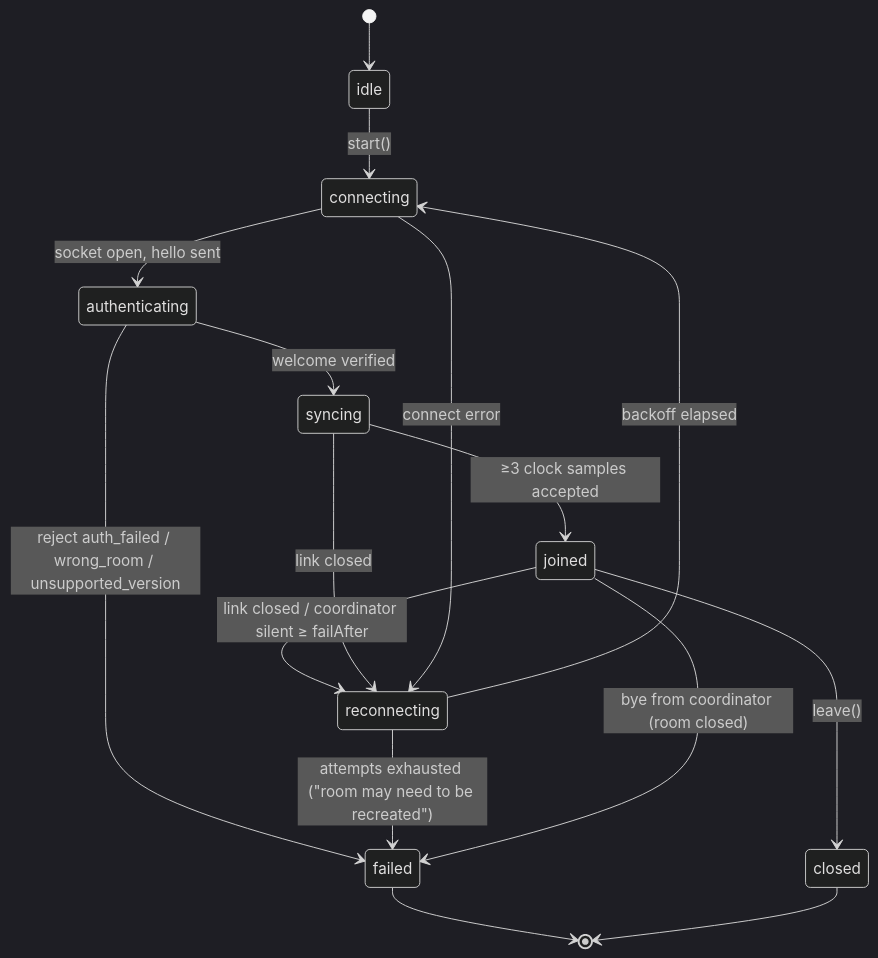
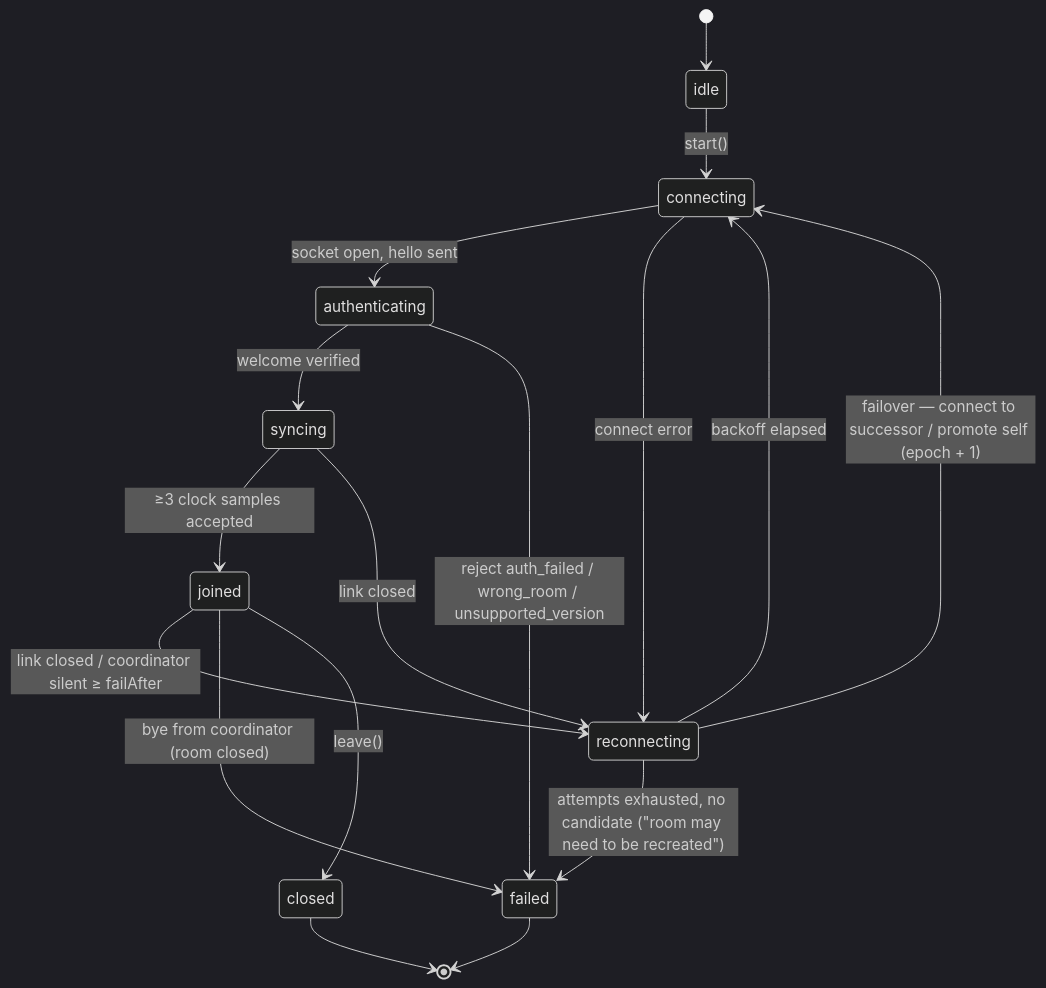
Before and after one commit to sudu787/Distributed-: the first of 8 diagrams in docs/state-machines.md, drawn with Mermaid (dark theme). The commit also changed other lines of this file and 51 other files, not shown here.

````diff
--- a/docs/state-machines.md
+++ b/docs/state-machines.md
@@ -5,18 +5,19 @@
 ```mermaid
 stateDiagram-v2
   [*] --> idle
   idle --> connecting: start()
   connecting --> authenticating: socket open, hello sent
   authenticating --> syncing: welcome verified
   authenticating --> failed: reject auth_failed / wrong_room / unsupported_version
   syncing --> joined: ≥3 clock samples accepted
   joined --> reconnecting: link closed / coordinator silent ≥ failAfter
   syncing --> reconnecting: link closed
   connecting --> reconnecting: connect error
   reconnecting --> connecting: backoff elapsed
-  reconnecting --> failed: attempts exhausted ("room may need to be recreated")
+  reconnecting --> connecting: failover — connect to successor / promote self (epoch + 1)
+  reconnecting --> failed: attempts exhausted, no candidate ("room may need to be recreated")
   joined --> failed: bye from coordinator (room closed)
   joined --> closed: leave()
   failed --> [*]
   closed --> [*]
 ```
````
